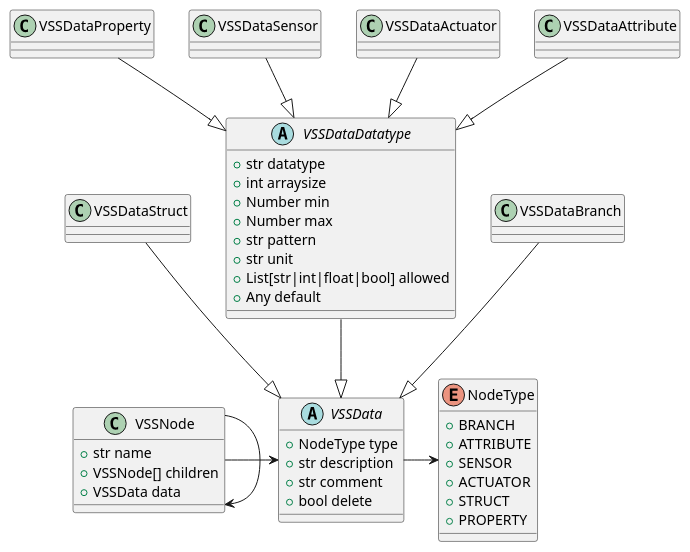
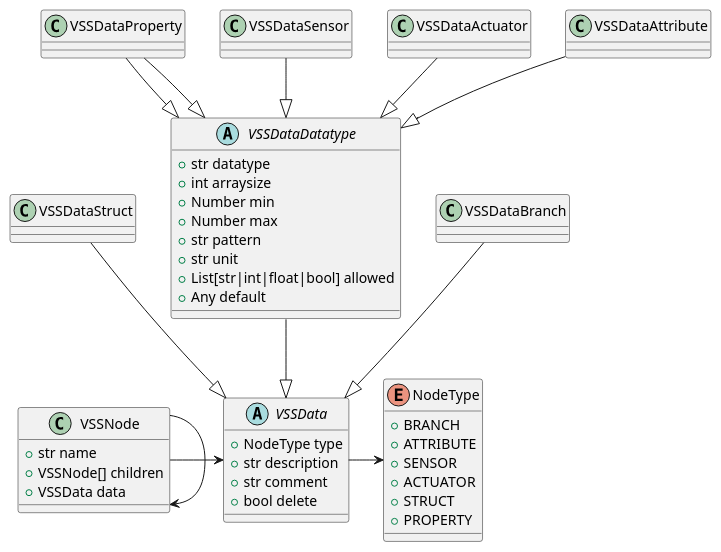
The diagram in doc/structure.pu (AngryMane/render-vss), drawn with PlantUML before and after one commit. The commit also changed 2478 other files, not shown here.

```diff
--- a/doc/structure.pu
+++ b/doc/structure.pu
@@ -1,59 +1,62 @@
 @startuml
 
 class VSSNode {
     + str name
     + VSSNode[] children
     + VSSData data
 }
 
 enum NodeType {
     + BRANCH
     + ATTRIBUTE
     + SENSOR
     + ACTUATOR
     + STRUCT
     + PROPERTY
 }
 
 abstract class VSSData {
     + NodeType type 
     + str description
     + str comment
     + bool delete
 }
 
 class VSSDataStruct {
 }
 
 abstract class VSSDataDatatype {
     + str datatype
     + int arraysize
     + Number min
     + Number max
     + str pattern
     + str unit
     + List[str|int|float|bool] allowed
     + Any default
 }
 
 class VSSDataProperty {
 }
 class VSSDataSensor {
 }
 class VSSDataActuator {
 }
 class VSSDataAttribute {
 }
+class VSSDataProperty {
+}
 
 VSSNode -> VSSNode 
 VSSNode -> VSSData
 VSSData -> NodeType 
 VSSDataBranch --|> VSSData
 VSSDataStruct --|> VSSData
 VSSDataDatatype --|> VSSData
 VSSDataProperty --|> VSSDataDatatype 
 VSSDataSensor --|> VSSDataDatatype 
 VSSDataActuator --|> VSSDataDatatype 
 VSSDataAttribute --|> VSSDataDatatype 
+VSSDataProperty  --|> VSSDataDatatype 
 
 @enduml
```
